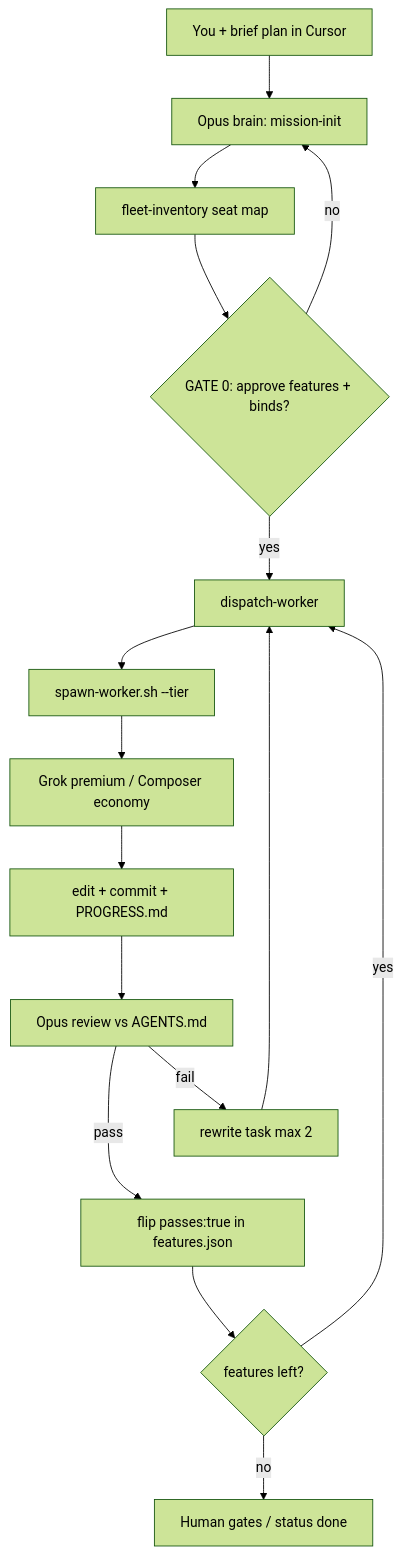
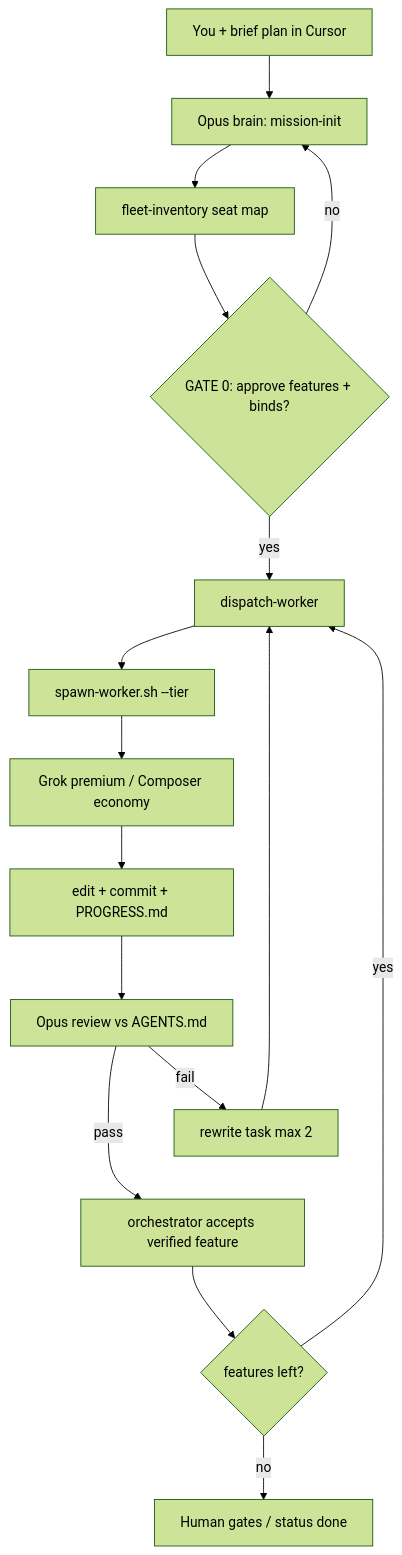
Before and after one commit to hashorva/purrfect-harness: the first of 5 diagrams in README.md, drawn with Mermaid (forest theme). The commit also changed other lines of this file and 8 other files, not shown here.

````diff
--- a/README.md
+++ b/README.md
@@ -24,27 +24,27 @@
 ```mermaid
 flowchart TD
   You["You + brief plan in Cursor"] --> Opus["Opus brain: mission-init"]
   Opus --> Inv["fleet-inventory seat map"]
   Inv --> Gate0{"GATE 0: approve features + binds?"}
 
   Gate0 -->|no| Opus
   Gate0 -->|yes| Dispatch["dispatch-worker"]
 
   Dispatch --> Spawn["spawn-worker.sh --tier"]
   Spawn --> Workers["Grok premium / Composer economy"]
   Workers --> Files["edit + commit + PROGRESS.md"]
   Files --> Review["Opus review vs AGENTS.md"]
 
   Review -->|fail| Rewrite["rewrite task max 2"]
   Rewrite --> Dispatch
 
-  Review -->|pass| Flip["flip passes:true in features.json"]
+  Review -->|pass| Flip["orchestrator accepts verified feature"]
 
   %% Invisible layout constraint:
   %% keeps Flip below Rewrite without drawing a visible connection
   Rewrite ~~~ Flip
 
   Flip --> More{"features left?"}
   More -->|yes| Dispatch
   More -->|no| HumanGate["Human gates / status done"]
 ```
````
